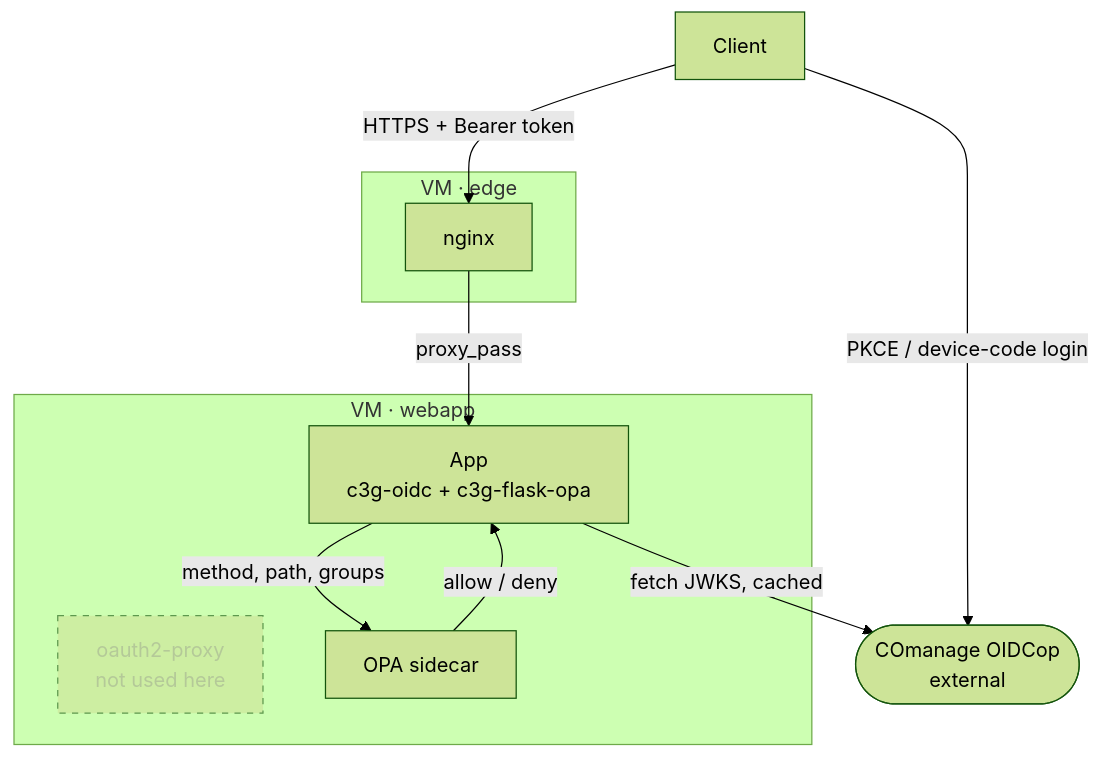
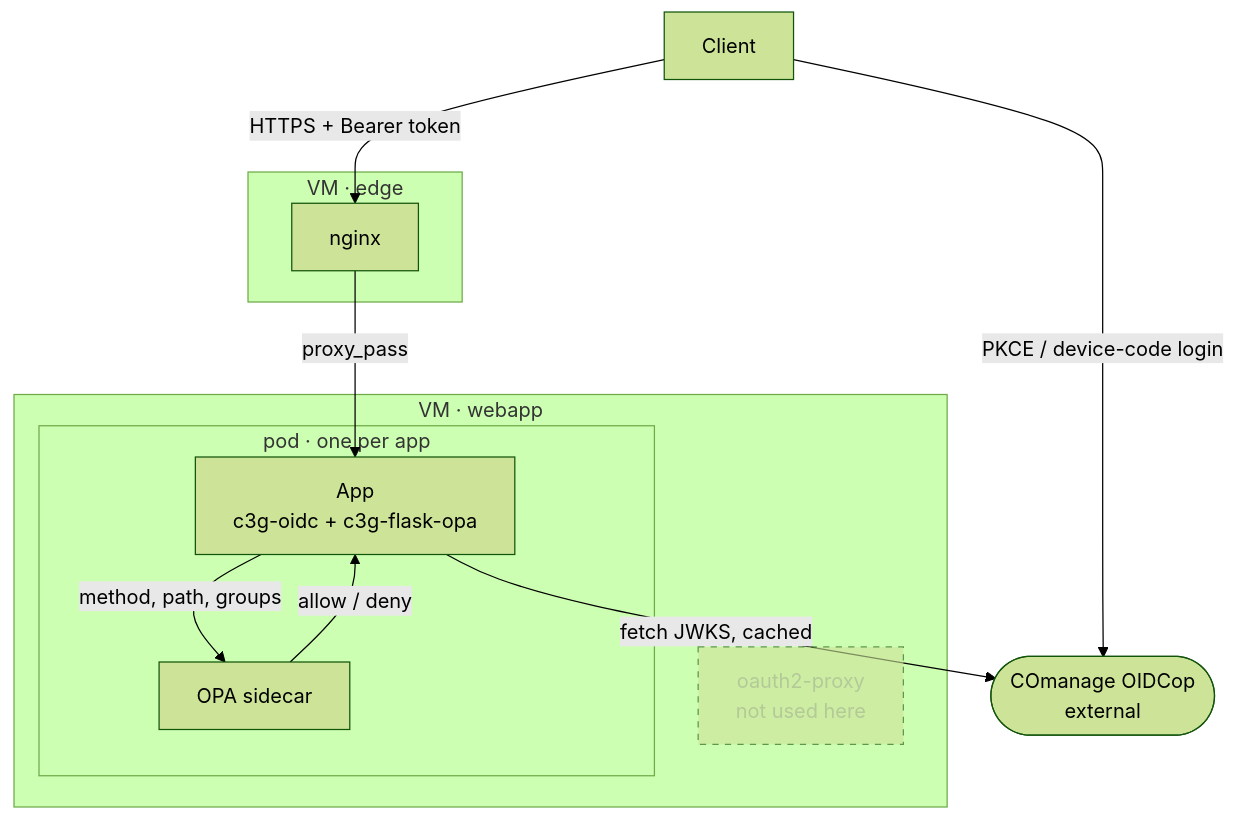
One commit to c3g/web-app-template changed the fourth of 5 diagrams in README.md. Above: the diagram before and after it, drawn with Mermaid (forest theme). The commit also changed other lines of this file and 2 other files, not shown here.

First line of the commit message:
Run each app's OPA and oauth2-proxy in the app's own podman pod

````diff
--- a/README.md
+++ b/README.md
@@ -91,21 +95,23 @@
 ```mermaid
 flowchart TB
   COM(["COmanage OIDCop<br/>external"])
   subgraph EDGE["VM · edge"]
     NGINX[nginx]
   end
   subgraph HOST["VM · webapp"]
     OAUTH["oauth2-proxy<br/>not used here"]
-    APP["App<br/>c3g-oidc + c3g-flask-opa"]
-    OPA[OPA sidecar]
+    subgraph POD["pod · one per app"]
+      APP["App<br/>c3g-oidc + c3g-flask-opa"]
+      OPA[OPA sidecar]
+    end
   end
   CLIENT[Client] -->|HTTPS + Bearer token| NGINX
   NGINX -->|proxy_pass| APP
   CLIENT -->|PKCE / device-code login| COM
   APP -->|fetch JWKS, cached| COM
   APP -->|method, path, groups| OPA
   OPA -->|allow / deny| APP
 
   classDef removed stroke-dasharray: 5 5,opacity:0.6,color:#888;
   class OAUTH removed;
 ```
````
